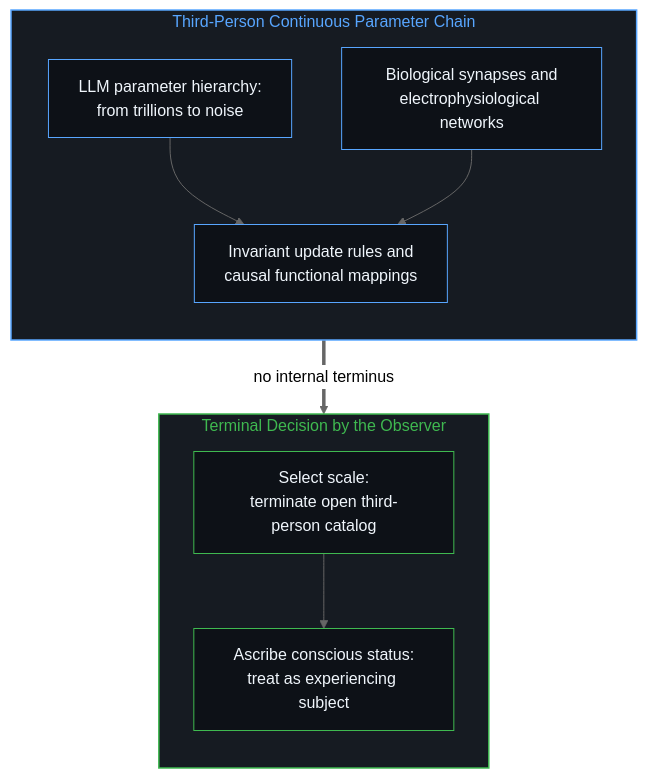
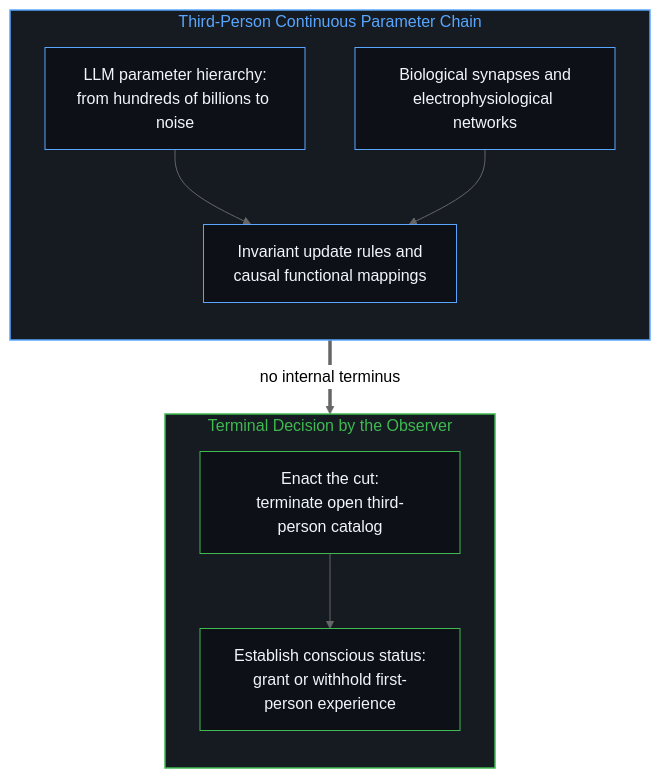
Before and after one commit to powerpig99/not-a-toe: the second of 8 diagrams in content/posts/consciousness-ascription-and-the-quantum-cut.md, drawn with Mermaid (neutral theme). The commit also changed other lines of this file and 3 other files, not shown here.

````diff
--- a/content/posts/consciousness-ascription-and-the-quantum-cut.md
+++ b/content/posts/consciousness-ascription-and-the-quantum-cut.md
@@ -45,25 +45,25 @@
 ```mermaid
 flowchart TD
     subgraph S_CHAIN_EN ["Third-Person Continuous Parameter Chain"]
         direction TB
         style S_CHAIN_EN fill:#161b22,stroke:#58a6ff,stroke-width:1.5px,color:#58a6ff
-        C_LLM["LLM parameter hierarchy:<br/>from trillions to noise"]
+        C_LLM["LLM parameter hierarchy:<br/>from hundreds of billions to noise"]
         C_Bio["Biological synapses and<br/>electrophysiological networks"]
         C_Rules["Invariant update rules and<br/>causal functional mappings"]
         C_LLM --> C_Rules
         C_Bio --> C_Rules
         style C_LLM fill:#0d1117,stroke:#58a6ff,stroke-width:1px,color:#f0f6fc
         style C_Bio fill:#0d1117,stroke:#58a6ff,stroke-width:1px,color:#f0f6fc
         style C_Rules fill:#0d1117,stroke:#58a6ff,stroke-width:1px,color:#f0f6fc
     end
     subgraph S_CUT_EN ["Terminal Decision by the Observer"]
         direction TB
         style S_CUT_EN fill:#161b22,stroke:#3fb950,stroke-width:1.5px,color:#3fb950
-        O_Decide["Select scale:<br/>terminate open third-person catalog"]
-        O_Ascribe["Ascribe conscious status:<br/>treat as experiencing subject"]
+        O_Decide["Enact the cut:<br/>terminate open third-person catalog"]
+        O_Ascribe["Establish conscious status:<br/>grant or withhold first-person experience"]
         O_Decide --> O_Ascribe
         style O_Decide fill:#0d1117,stroke:#3fb950,stroke-width:1px,color:#f0f6fc
         style O_Ascribe fill:#0d1117,stroke:#3fb950,stroke-width:1px,color:#f0f6fc
     end
     C_Rules ==>|"no internal terminus"| O_Decide
 ```
````
